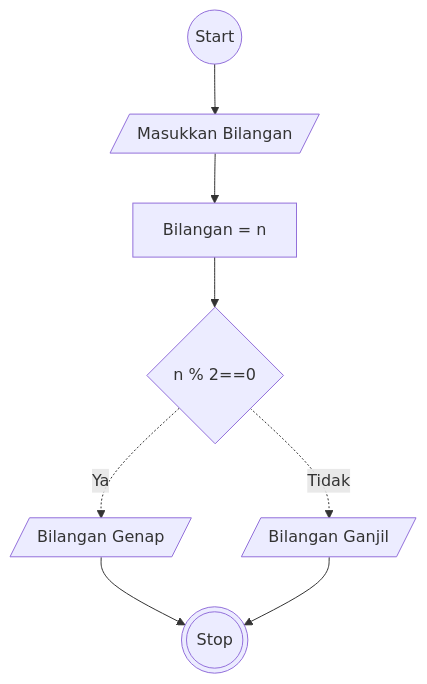
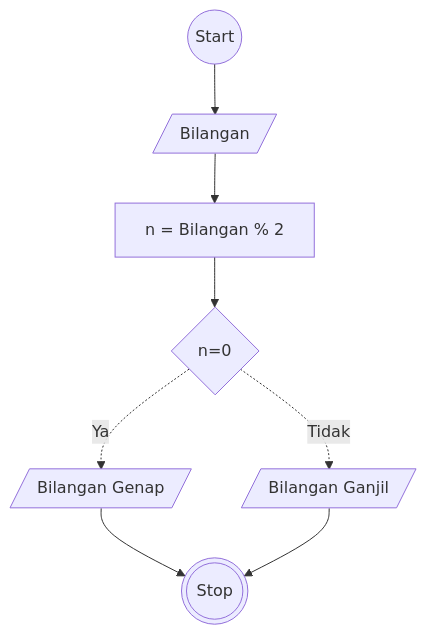
The diagram in ganjil-genap.md (dimastadeoo/koda-b8-algoritma), drawn with Mermaid before and after one commit.

````diff
--- a/ganjil-genap.md
+++ b/ganjil-genap.md
@@ -16,19 +16,19 @@
 ```mermaid
 flowchart TD
     A@{ shape: circle, label: "Start" }
     
-    B@{ shape: lean-r, label: "Masukkan Bilangan" }
-    G@{ shape: rect, label: "Bilangan = n" }
+    B@{ shape: lean-r, label: "Bilangan" }
+    G@{ shape: rect, label: "n = Bilangan % 2" }
 
-    C@{ shape: diamond, label: "n % 2==0" }
+    C@{ shape: diamond, label: "n=0" }
 
     D@{ shape: lean-r, label: "Bilangan Ganjil" }
     E@{ shape: lean-r, label: "Bilangan Genap" }
 
     F@{ shape: dbl-circ, label: "Stop" }
 
     A --> B --> G --> C-. Ya .-> E --> F
     C-. Tidak .-> D --> F
 
 
 ```
````
